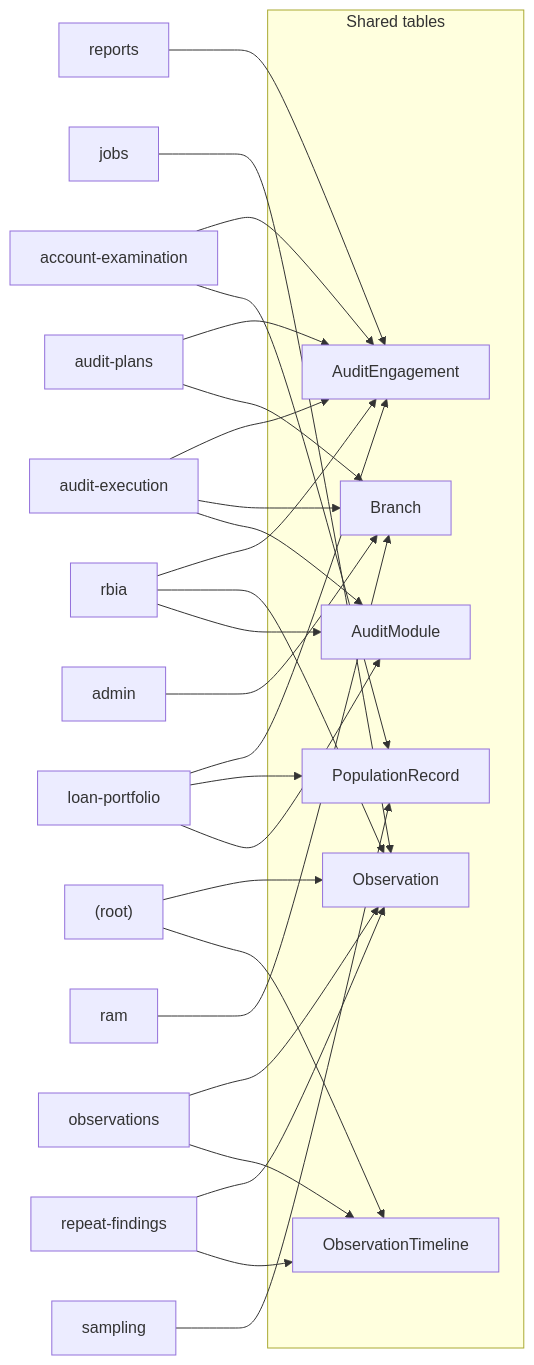
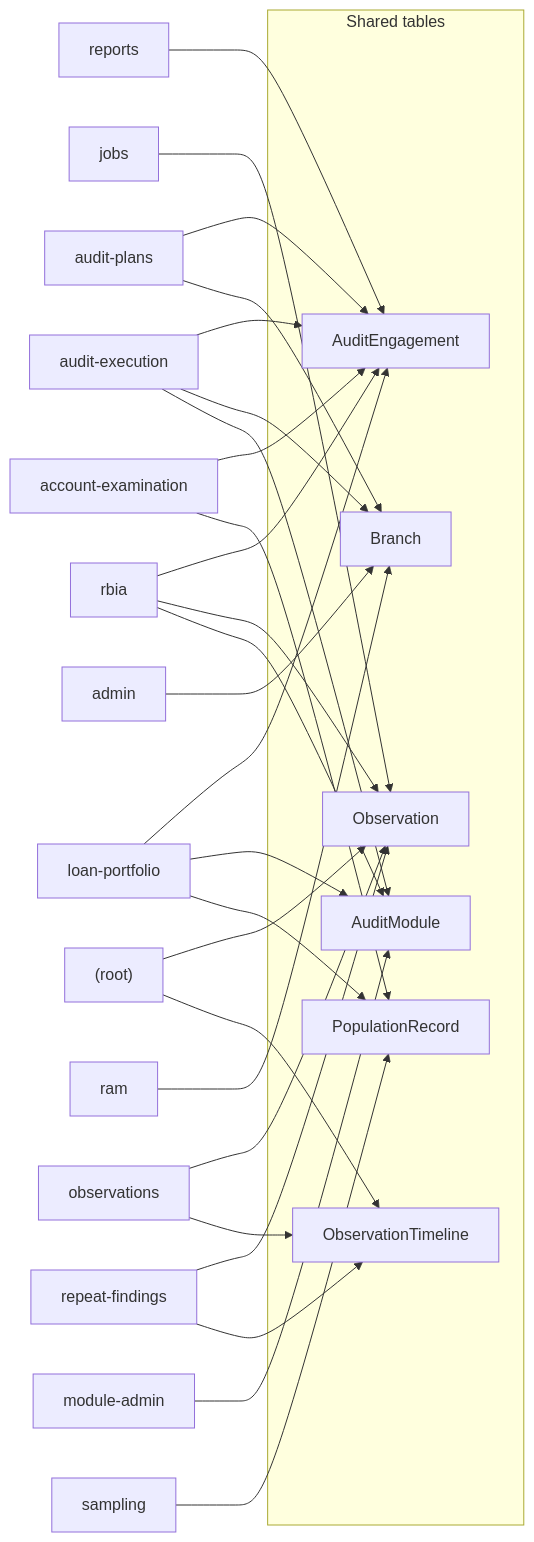
One commit to nc-sapiex/aegis-2 changed the first of 3 diagrams in docs/reference/data-flows.md. Above: the diagram before and after it, drawn with Mermaid. The commit also changed other lines of this file and 45 other files, not shown here.

First line of the commit message:
Module admin + data-driven RBIA reporting engine (Plan: module-admin-reporting) (#145)

````diff
--- a/docs/reference/data-flows.md
+++ b/docs/reference/data-flows.md
@@ -75,48 +76,50 @@
 ```mermaid
 flowchart LR
     subgraph hubs [Shared tables]
         T_AuditEngagement["AuditEngagement"]
         T_Observation["Observation"]
         T_Branch["Branch"]
+        T_AuditModule["AuditModule"]
         T_PopulationRecord["PopulationRecord"]
-        T_AuditModule["AuditModule"]
         T_ObservationTimeline["ObservationTimeline"]
     end
     D_account_examination["account-examination"]
     D_account_examination --> T_AuditEngagement
     D_audit_execution["audit-execution"]
     D_audit_execution --> T_AuditEngagement
     D_audit_plans["audit-plans"]
     D_audit_plans --> T_AuditEngagement
     D_loan_portfolio["loan-portfolio"]
     D_loan_portfolio --> T_AuditEngagement
     D_rbia["rbia"]
     D_rbia --> T_AuditEngagement
     D_reports["reports"]
     D_reports --> T_AuditEngagement
     D__root_["(root)"]
     D__root_ --> T_Observation
     D_jobs["jobs"]
     D_jobs --> T_Observation
     D_observations["observations"]
     D_observations --> T_Observation
     D_rbia --> T_Observation
     D_repeat_findings["repeat-findings"]
     D_repeat_findings --> T_Observation
     D_admin["admin"]
     D_admin --> T_Branch
     D_audit_execution --> T_Branch
     D_audit_plans --> T_Branch
     D_ram["ram"]
     D_ram --> T_Branch
+    D_audit_execution --> T_AuditModule
+    D_loan_portfolio --> T_AuditModule
+    D_module_admin["module-admin"]
+    D_module_admin --> T_AuditModule
+    D_rbia --> T_AuditModule
     D_account_examination --> T_PopulationRecord
     D_loan_portfolio --> T_PopulationRecord
     D_sampling["sampling"]
     D_sampling --> T_PopulationRecord
-    D_audit_execution --> T_AuditModule
-    D_loan_portfolio --> T_AuditModule
-    D_rbia --> T_AuditModule
     D__root_ --> T_ObservationTimeline
     D_observations --> T_ObservationTimeline
     D_repeat_findings --> T_ObservationTimeline
 ```
````
